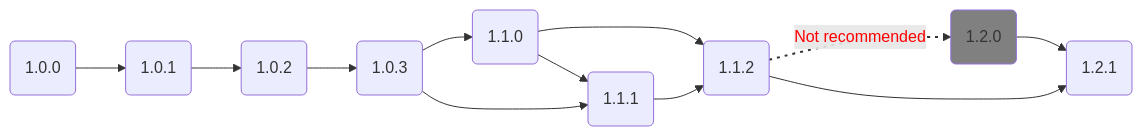
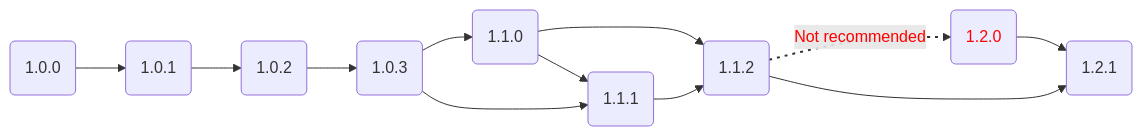
Before and after one commit to jhkrug/hw-diag: the seventh of 9 diagrams in docs/simon/simons-use-case.md, drawn with Mermaid. The commit also changed other lines of this file and 5 other files, not shown here.

Commit message:
Finished for Tuesday, added some simple PlantUML

````diff
--- a/docs/simon/simons-use-case.md
+++ b/docs/simon/simons-use-case.md
@@ -161,17 +163,17 @@
 ```mermaid
 %%{init: "theme": "neutral"}%%
 flowchart LR;
   1.0.0(1.0.0)-->1.0.1(1.0.1);
   1.0.1-->1.0.2(1.0.2);
   1.0.2-->1.0.3(1.0.3);
   1.0.3-->1.1.0(1.1.0);
   1.0.3-->1.1.1(1.1.1);
   1.1.0-->1.1.2(1.1.2);
   1.1.0-->1.1.1;
   1.1.1-->1.1.2;
   1.1.2-->|Not recommended|1.2.0(1.2.0);
   1.1.2-->1.2.1(1.2.1);
   1.2.0-->1.2.1;
-  style 1.2.0 fill:gray
+  style 1.2.0 color:red
   linkStyle 8 color:red,stroke-width:2px,stroke-dasharray: 3 5
 ```
````
